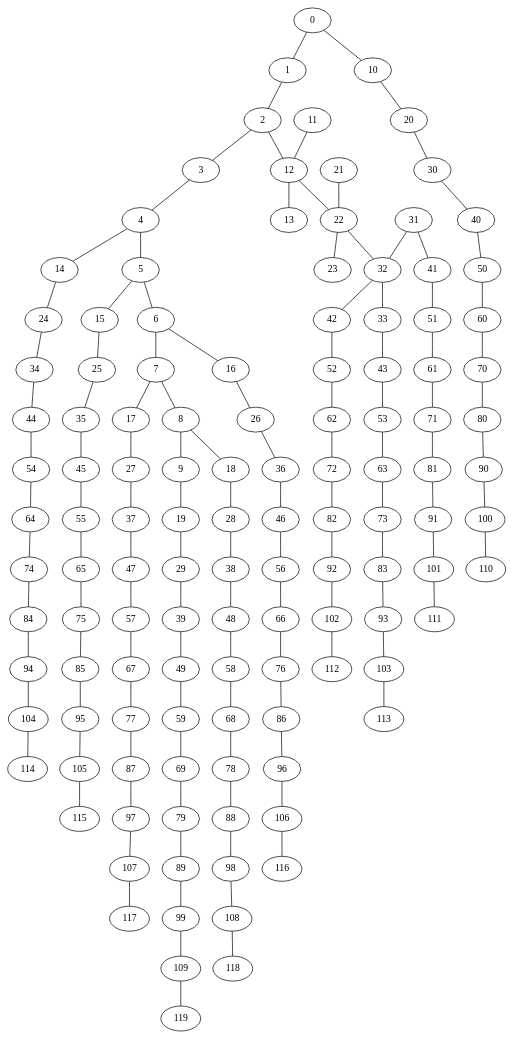
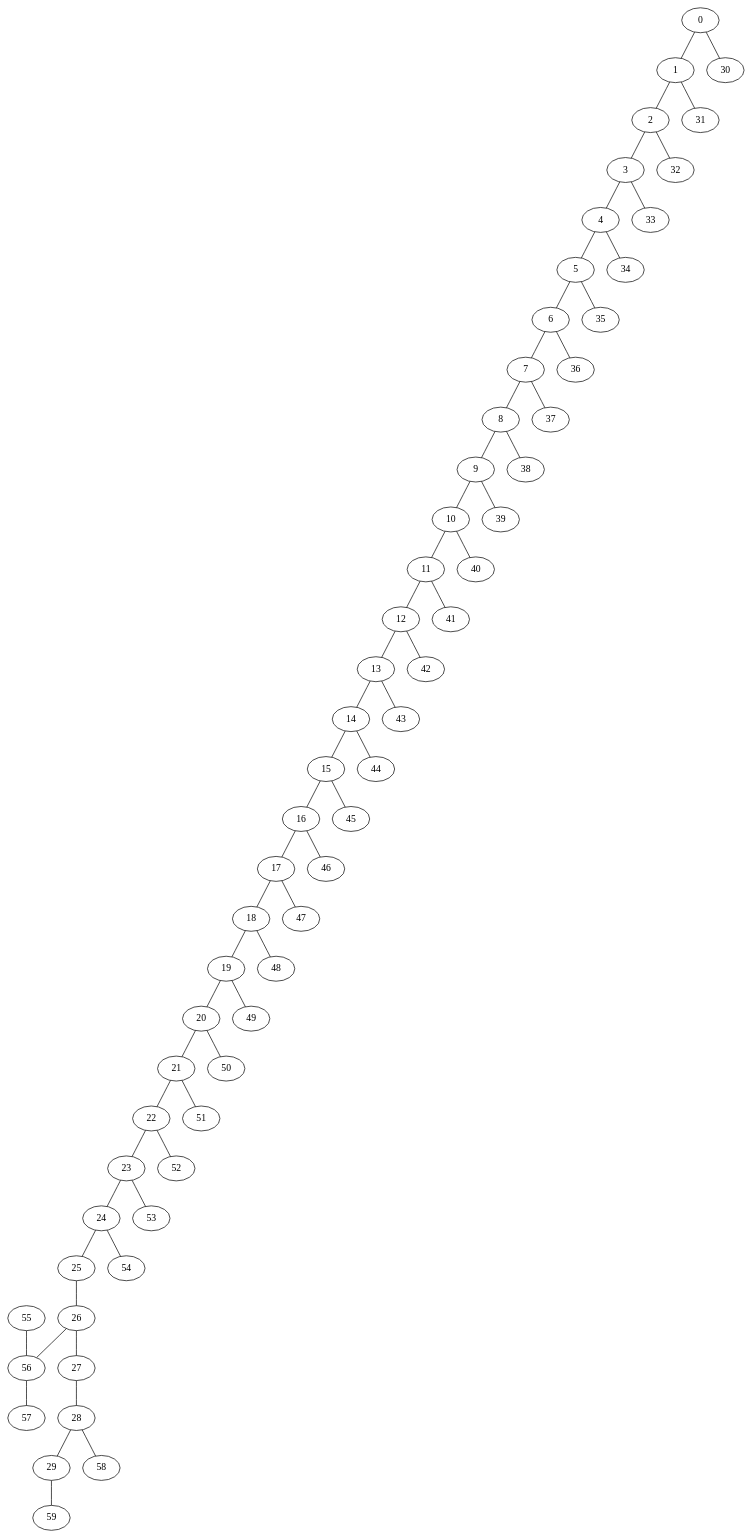
The diagram in Texto_Kruskal_Prim/gPrimMalla41.dot (humbertoART/BibliotecaGraph), drawn with Graphviz before and after one commit. The commit also changed 105 other files, not shown here.

```diff
--- a/Texto_Kruskal_Prim/gPrimMalla41.dot
+++ b/Texto_Kruskal_Prim/gPrimMalla41.dot
@@ -1,37 +1,38 @@
 graph G {
-  32;
+  56;
+  26;
+  25;
+  24;
+  23;
   22;
+  21;
+  20;
+  19;
+  18;
+  17;
+  16;
+  15;
+  14;
+  13;
   12;
+  11;
+  10;
+  9;
+  8;
+  7;
+  6;
+  5;
+  4;
+  3;
   2;
   1;
   0;
-  3;
-  4;
-  5;
-  6;
-  7;
-  8;
-  9;
-  10;
-  11;
-  13;
-  14;
-  15;
-  16;
-  17;
-  18;
-  19;
-  20;
-  21;
-  23;
-  24;
-  25;
-  26;
   27;
   28;
   29;
   30;
   31;
+  32;
   33;
   34;
   35;
@@ -55,187 +56,66 @@
   53;
   54;
   55;
-  56;
   57;
   58;
   59;
-  60;
-  61;
-  62;
-  63;
-  64;
-  65;
-  66;
-  67;
-  68;
-  69;
-  70;
-  71;
-  72;
-  73;
-  74;
-  75;
-  76;
-  77;
-  78;
-  79;
-  80;
-  81;
-  82;
-  83;
-  84;
-  85;
-  86;
-  87;
-  88;
-  89;
-  90;
-  91;
-  92;
-  93;
-  94;
-  95;
-  96;
-  97;
-  98;
-  99;
-  100;
-  101;
-  102;
-  103;
-  104;
-  105;
-  106;
-  107;
-  108;
-  109;
-  110;
-  111;
-  112;
-  113;
-  114;
-  115;
-  116;
-  117;
-  118;
-  119;
-   22 -- 32;
-   12 -- 22;
-   2 -- 12;
+   26 -- 56;
+   25 -- 26;
+   24 -- 25;
+   23 -- 24;
+   22 -- 23;
+   21 -- 22;
+   20 -- 21;
+   19 -- 20;
+   18 -- 19;
+   17 -- 18;
+   16 -- 17;
+   15 -- 16;
+   14 -- 15;
+   13 -- 14;
+   12 -- 13;
+   11 -- 12;
+   10 -- 11;
+   9 -- 10;
+   8 -- 9;
+   7 -- 8;
+   6 -- 7;
+   5 -- 6;
+   4 -- 5;
+   3 -- 4;
+   2 -- 3;
    1 -- 2;
    0 -- 1;
-   2 -- 3;
-   3 -- 4;
-   4 -- 5;
-   5 -- 6;
-   6 -- 7;
-   7 -- 8;
-   8 -- 9;
-   0 -- 10;
-   11 -- 12;
-   12 -- 13;
-   4 -- 14;
-   5 -- 15;
-   6 -- 16;
-   7 -- 17;
-   8 -- 18;
-   9 -- 19;
-   10 -- 20;
-   21 -- 22;
-   22 -- 23;
-   14 -- 24;
-   15 -- 25;
-   16 -- 26;
-   17 -- 27;
-   18 -- 28;
-   19 -- 29;
-   20 -- 30;
-   31 -- 32;
-   32 -- 33;
-   24 -- 34;
-   25 -- 35;
-   26 -- 36;
-   27 -- 37;
-   28 -- 38;
-   29 -- 39;
-   30 -- 40;
-   31 -- 41;
-   32 -- 42;
-   33 -- 43;
-   34 -- 44;
-   35 -- 45;
-   36 -- 46;
-   37 -- 47;
-   38 -- 48;
-   39 -- 49;
-   40 -- 50;
-   41 -- 51;
-   42 -- 52;
-   43 -- 53;
-   44 -- 54;
-   45 -- 55;
-   46 -- 56;
-   47 -- 57;
-   48 -- 58;
-   49 -- 59;
-   50 -- 60;
-   51 -- 61;
-   52 -- 62;
-   53 -- 63;
-   54 -- 64;
-   55 -- 65;
-   56 -- 66;
-   57 -- 67;
-   58 -- 68;
-   59 -- 69;
-   60 -- 70;
-   61 -- 71;
-   62 -- 72;
-   63 -- 73;
-   64 -- 74;
-   65 -- 75;
-   66 -- 76;
-   67 -- 77;
-   68 -- 78;
-   69 -- 79;
-   70 -- 80;
-   71 -- 81;
-   72 -- 82;
-   73 -- 83;
-   74 -- 84;
-   75 -- 85;
-   76 -- 86;
-   77 -- 87;
-   78 -- 88;
-   79 -- 89;
-   80 -- 90;
-   81 -- 91;
-   82 -- 92;
-   83 -- 93;
-   84 -- 94;
-   85 -- 95;
-   86 -- 96;
-   87 -- 97;
-   88 -- 98;
-   89 -- 99;
-   90 -- 100;
-   91 -- 101;
-   92 -- 102;
-   93 -- 103;
-   94 -- 104;
-   95 -- 105;
-   96 -- 106;
-   97 -- 107;
-   98 -- 108;
-   99 -- 109;
-   100 -- 110;
-   101 -- 111;
-   102 -- 112;
-   103 -- 113;
-   104 -- 114;
-   105 -- 115;
-   106 -- 116;
-   107 -- 117;
-   108 -- 118;
-   109 -- 119;
+   26 -- 27;
+   27 -- 28;
+   28 -- 29;
+   0 -- 30;
+   1 -- 31;
+   2 -- 32;
+   3 -- 33;
+   4 -- 34;
+   5 -- 35;
+   6 -- 36;
+   7 -- 37;
+   8 -- 38;
+   9 -- 39;
+   10 -- 40;
+   11 -- 41;
+   12 -- 42;
+   13 -- 43;
+   14 -- 44;
+   15 -- 45;
+   16 -- 46;
+   17 -- 47;
+   18 -- 48;
+   19 -- 49;
+   20 -- 50;
+   21 -- 51;
+   22 -- 52;
+   23 -- 53;
+   24 -- 54;
+   55 -- 56;
+   56 -- 57;
+   28 -- 58;
+   29 -- 59;
 }
```
